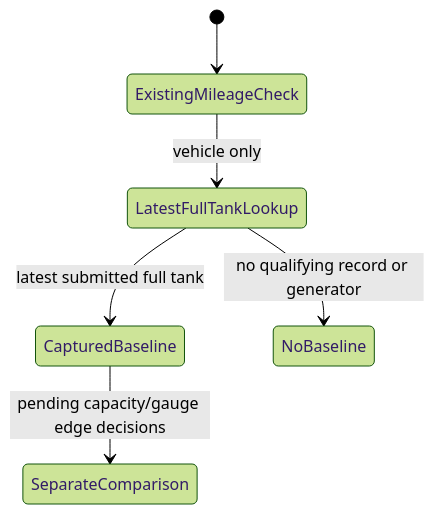
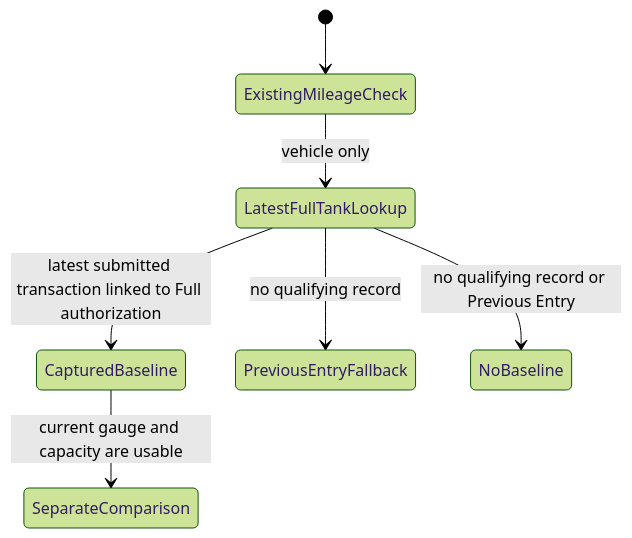
The diagram in specs/009-fuel-order-ux/verification/phase-03-full-tank-mileage-check.md (BrianKipngetich1/fleet_management), drawn with Mermaid (forest theme) before and after one commit. The commit also changed other lines of this file and 27 other files, not shown here.

````diff
--- a/specs/009-fuel-order-ux/verification/phase-03-full-tank-mileage-check.md
+++ b/specs/009-fuel-order-ux/verification/phase-03-full-tank-mileage-check.md
@@ -20,8 +20,9 @@
 ```mermaid
 stateDiagram-v2
     [*] --> ExistingMileageCheck
     ExistingMileageCheck --> LatestFullTankLookup: vehicle only
-    LatestFullTankLookup --> CapturedBaseline: latest submitted full tank
-    LatestFullTankLookup --> NoBaseline: no qualifying record or generator
-    CapturedBaseline --> SeparateComparison: pending capacity/gauge edge decisions
+    LatestFullTankLookup --> CapturedBaseline: latest submitted transaction linked to Full authorization
+    LatestFullTankLookup --> PreviousEntryFallback: no qualifying record
+    LatestFullTankLookup --> NoBaseline: no qualifying record or Previous Entry
+    CapturedBaseline --> SeparateComparison: current gauge and capacity are usable
 ```
````
